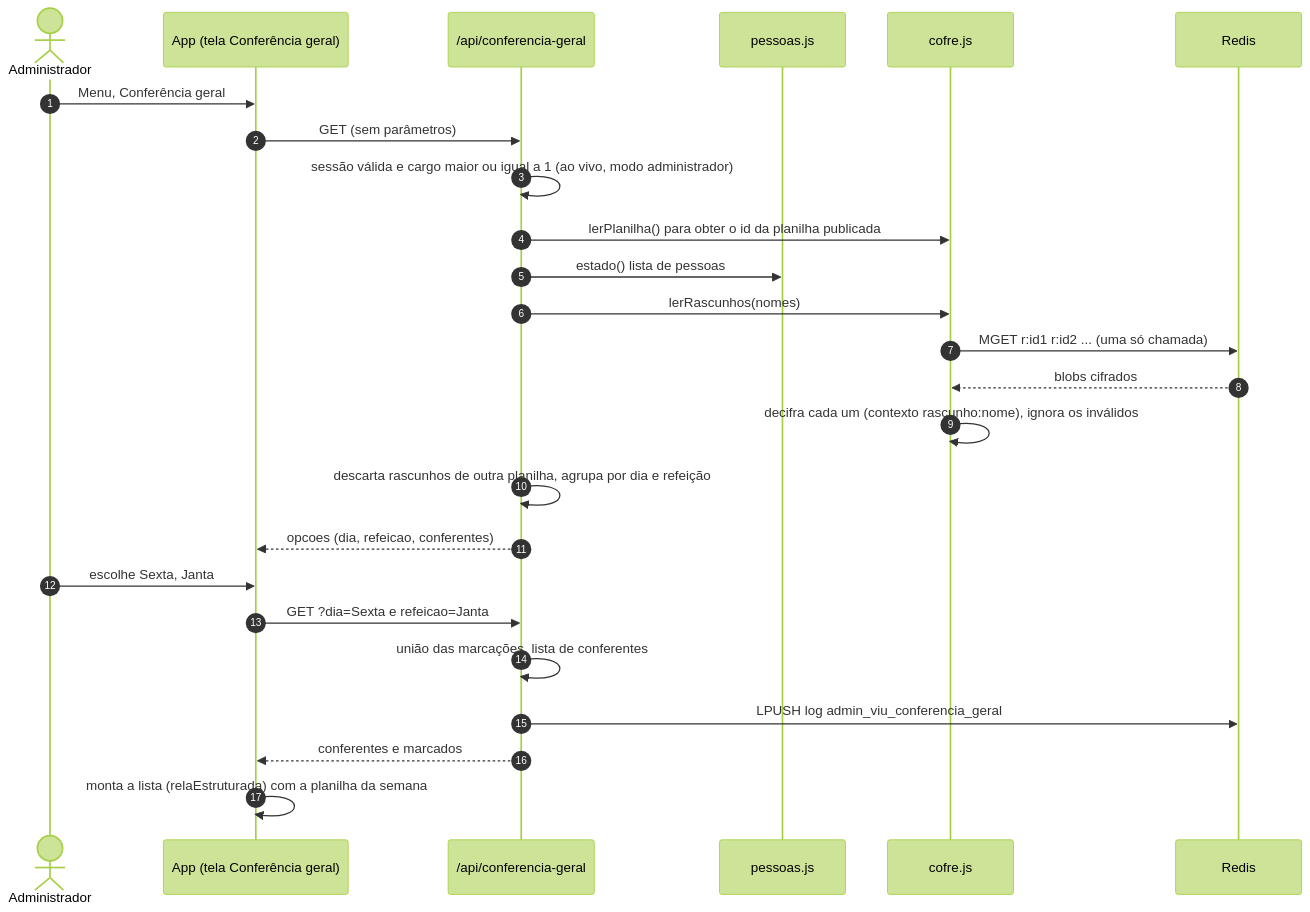
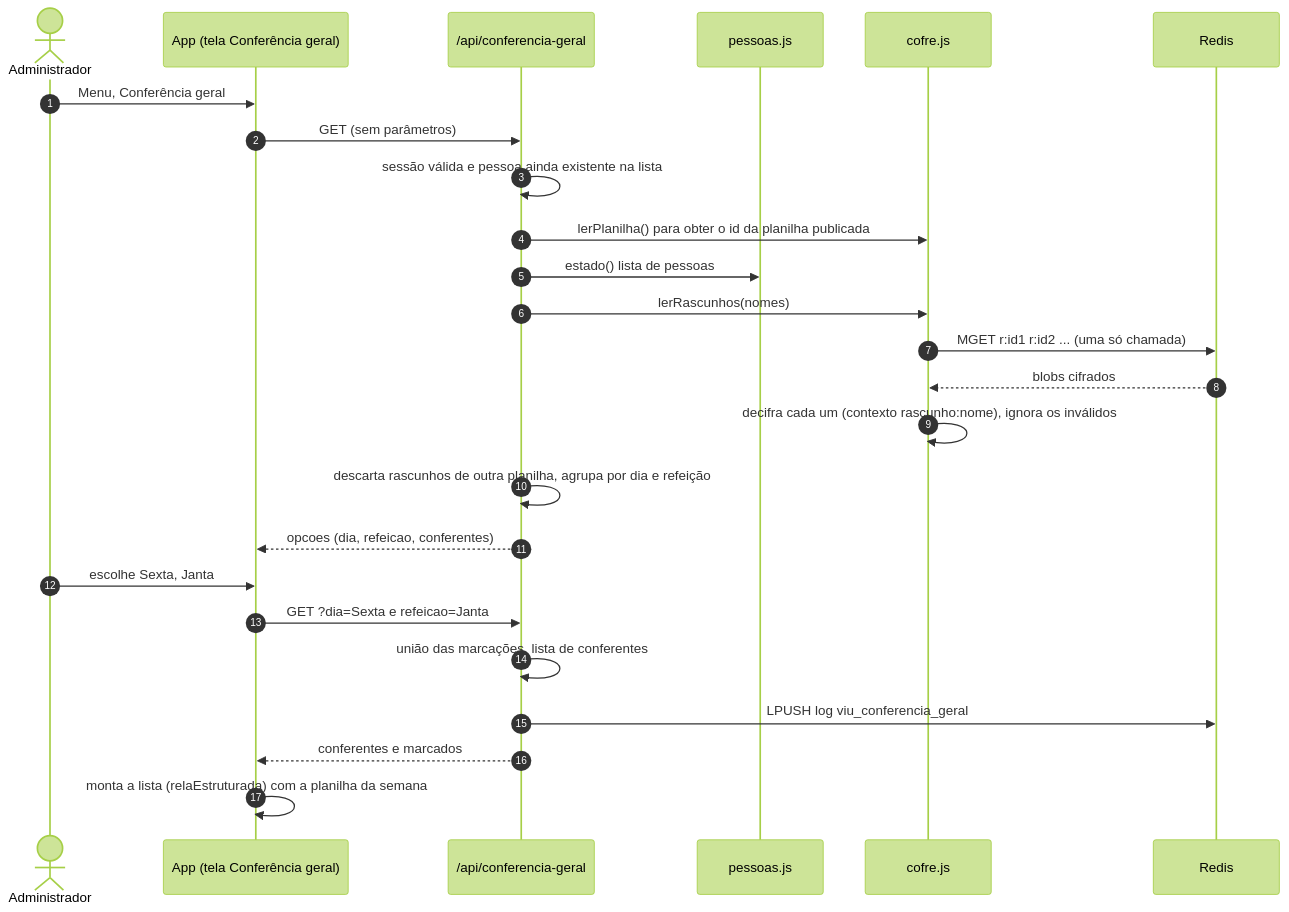
Diagram 16 of 17 in docs/ARQUITETURA_E_FLUXO.md (GiuColucci/Municiamento_CIAGA), drawn with Mermaid (forest theme) before and after one commit. The commit also changed other lines of this file and 10 other files, not shown here.

````diff
--- a/docs/ARQUITETURA_E_FLUXO.md
+++ b/docs/ARQUITETURA_E_FLUXO.md
@@ -506,28 +506,28 @@
 ```mermaid
 sequenceDiagram
   autonumber
   actor ADM as Administrador
   participant APP as App (tela Conferência geral)
   participant API as /api/conferencia-geral
   participant PES as pessoas.js
   participant COF as cofre.js
   participant R as Redis
 
   ADM->>APP: Menu, Conferência geral
   APP->>API: GET (sem parâmetros)
-  API->>API: sessão válida e cargo maior ou igual a 1 (ao vivo, modo administrador)
+  API->>API: sessão válida e pessoa ainda existente na lista
   API->>COF: lerPlanilha() para obter o id da planilha publicada
   API->>PES: estado() lista de pessoas
   API->>COF: lerRascunhos(nomes)
   COF->>R: MGET r:id1 r:id2 ... (uma só chamada)
   R-->>COF: blobs cifrados
   COF->>COF: decifra cada um (contexto rascunho:nome), ignora os inválidos
   API->>API: descarta rascunhos de outra planilha, agrupa por dia e refeição
   API-->>APP: opcoes (dia, refeicao, conferentes)
   ADM->>APP: escolhe Sexta, Janta
   APP->>API: GET ?dia=Sexta e refeicao=Janta
   API->>API: união das marcações, lista de conferentes
-  API->>R: LPUSH log admin_viu_conferencia_geral
+  API->>R: LPUSH log viu_conferencia_geral
   API-->>APP: conferentes e marcados
   APP->>APP: monta a lista (relaEstruturada) com a planilha da semana
 ```
````
